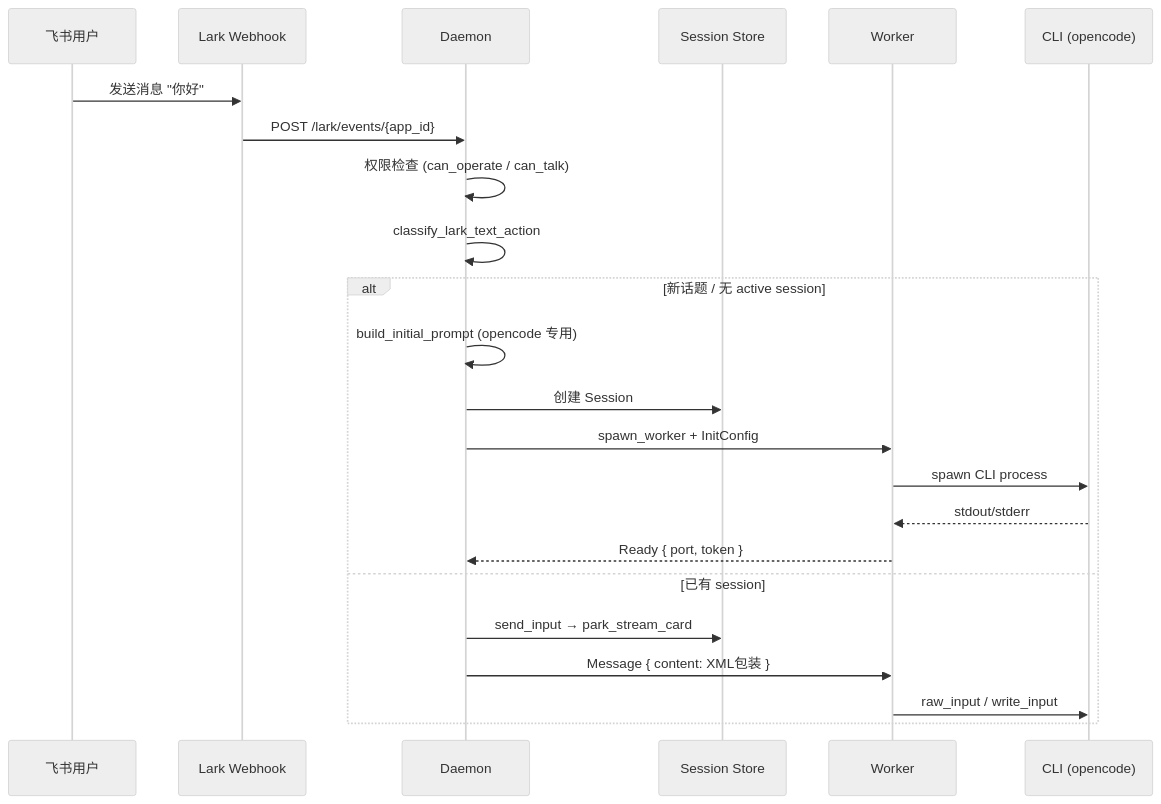
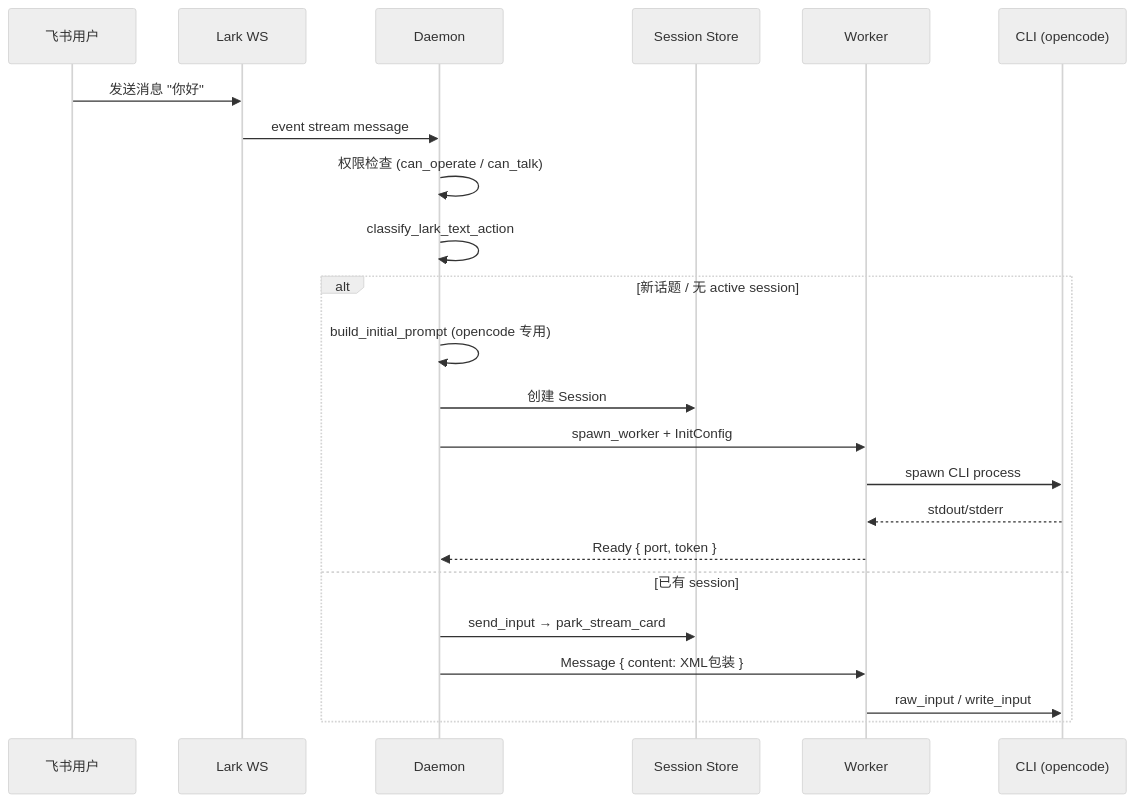
The first of 6 diagrams in docs/design/beam-architecture.md (linuxhenhao/beam), drawn with Mermaid (neutral theme) before and after one commit. The commit also changed 25 other files, not shown here.

````diff
--- a/docs/design/beam-architecture.md
+++ b/docs/design/beam-architecture.md
@@ -192,26 +192,26 @@
 ```mermaid
 sequenceDiagram
     participant F as 飞书用户
-    participant L as Lark Webhook
+    participant L as Lark WS
     participant D as Daemon
     participant S as Session Store
     participant W as Worker
     participant C as CLI (opencode)
 
     F->>L: 发送消息 "你好"
-    L->>D: POST /lark/events/{app_id}
+    L->>D: event stream message
     D->>D: 权限检查 (can_operate / can_talk)
     D->>D: classify_lark_text_action
     alt 新话题 / 无 active session
         D->>D: build_initial_prompt (opencode 专用)
         D->>S: 创建 Session
         D->>W: spawn_worker + InitConfig
         W->>C: spawn CLI process
         C-->>W: stdout/stderr
         W-->>D: Ready { port, token }
     else 已有 session
         D->>S: send_input → park_stream_card
         D->>W: Message { content: XML包装 }
         W->>C: raw_input / write_input
     end
 ```
````
